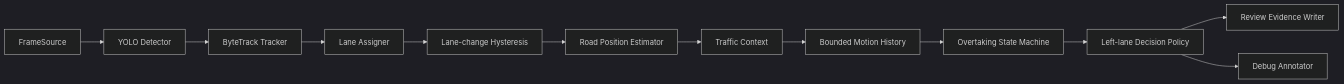
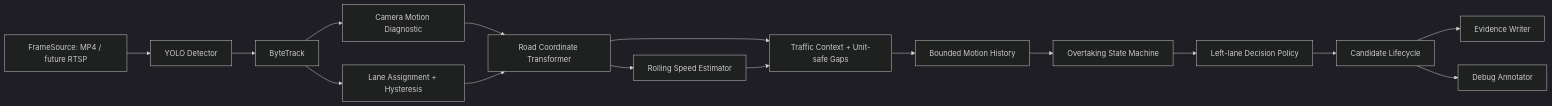
One commit to ismet3547/Traffic_ai changed the diagram in README.md. Above: the diagram before and after it, drawn with Mermaid (dark theme). The commit also changed other lines of this file and 38 other files, not shown here.

Commit message:
feat: add calibrated road geometry and candidate lifecycle

````diff
--- a/README.md
+++ b/README.md
@@ -9,14 +9,18 @@
 ```mermaid
 flowchart LR
-    V[FrameSource] --> D[YOLO Detector]
-    D --> T[ByteTrack Tracker]
-    T --> L[Lane Assigner]
-    L --> H[Lane-change Hysteresis]
-    H --> P[Road Position Estimator]
-    P --> C[Traffic Context]
-    C --> M[Bounded Motion History]
-    M --> O[Overtaking State Machine]
+    V[FrameSource: MP4 / future RTSP] --> D[YOLO Detector]
+    D --> T[ByteTrack]
+    T --> CM[Camera Motion Diagnostic]
+    T --> L[Lane Assignment + Hysteresis]
+    CM --> P[Road Coordinate Transformer]
+    L --> P
+    P --> S[Rolling Speed Estimator]
+    P --> C[Traffic Context + Unit-safe Gaps]
+    S --> C
+    C --> H[Bounded Motion History]
+    H --> O[Overtaking State Machine]
     O --> R[Left-lane Decision Policy]
-    R --> E[Review Evidence Writer]
-    R --> A[Debug Annotator]
+    R --> CL[Candidate Lifecycle]
+    CL --> E[Evidence Writer]
+    CL --> A[Debug Annotator]
 ```
````
